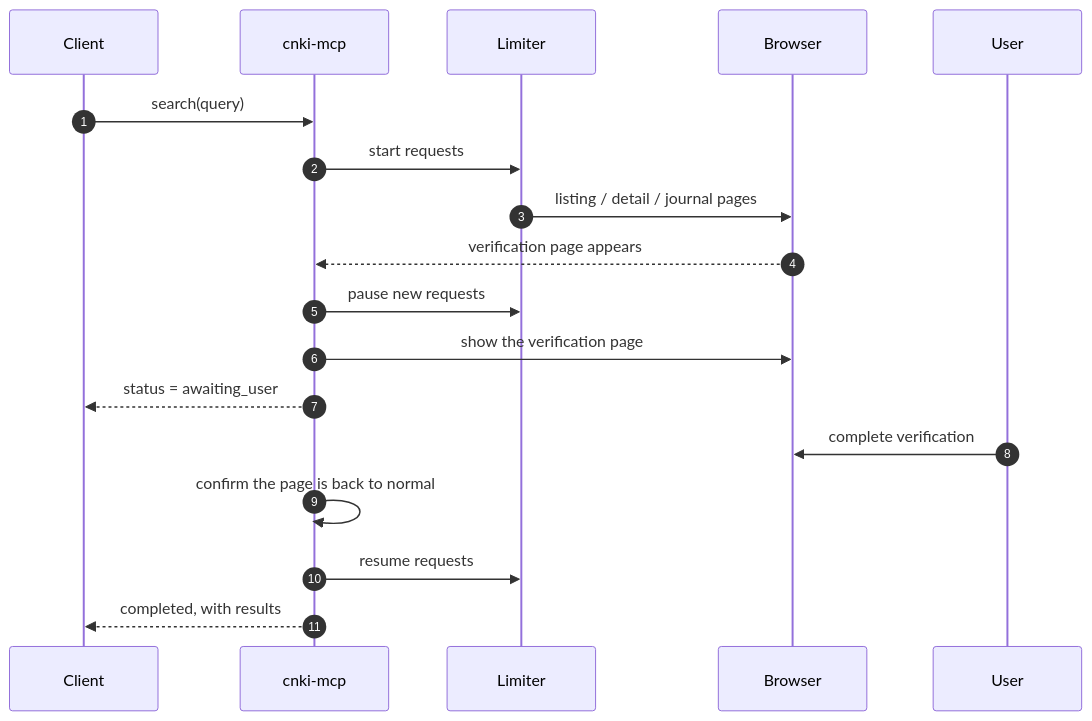
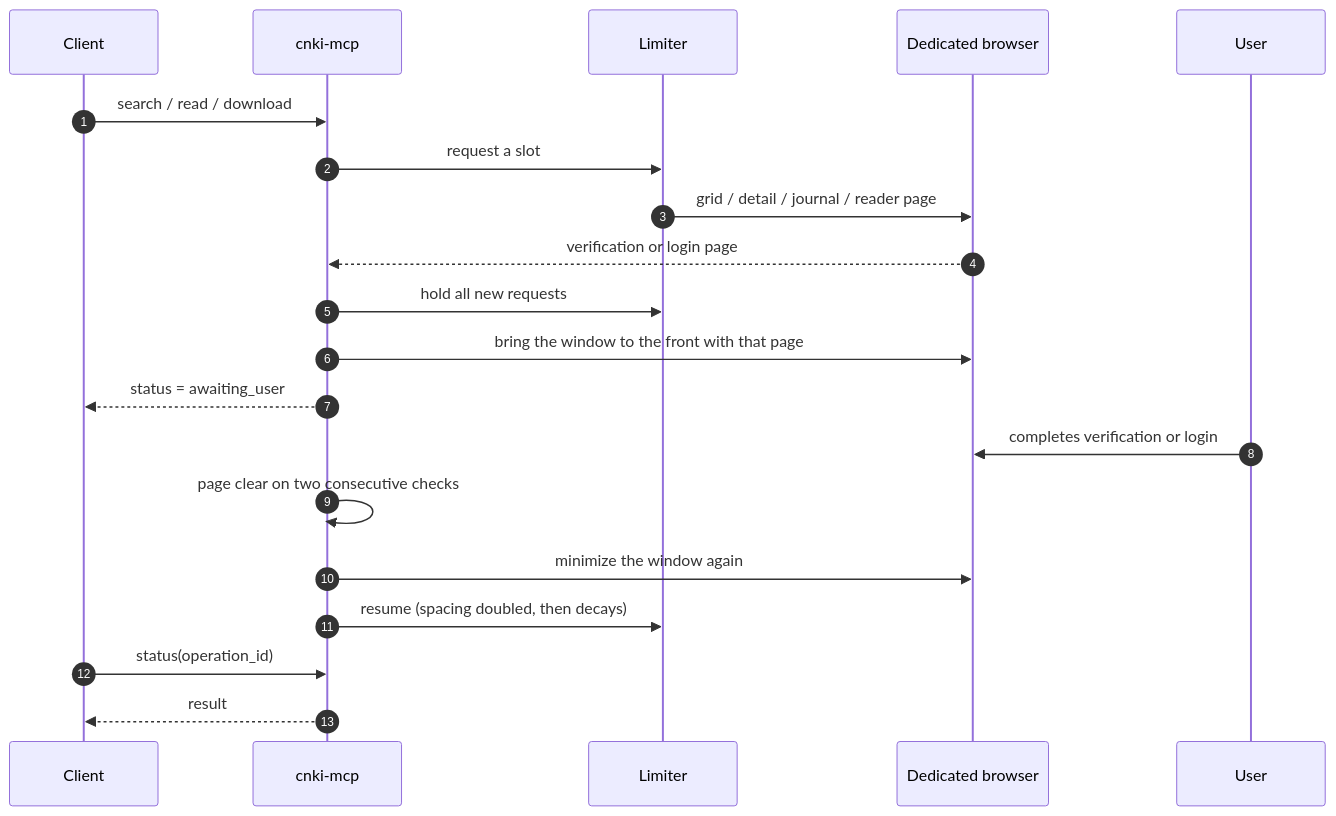
One commit to ChengDSYJ-Studio/CNKI-Enhanced-MCP changed the diagram in README.en.md. Above: the diagram before and after it, drawn with Mermaid. The commit also changed other lines of this file and 145 other files, not shown here.

````diff
--- a/README.en.md
+++ b/README.en.md
@@ -660,20 +485,22 @@
 ```mermaid
 sequenceDiagram
     autonumber
     participant C as Client
     participant M as cnki-mcp
     participant L as Limiter
-    participant B as Browser
+    participant B as Dedicated browser
     participant U as User
-    C->>M: search(query)
-    M->>L: start requests
-    L->>B: listing / detail / journal pages
-    B-->>M: verification page appears
-    M->>L: pause new requests
-    M->>B: show the verification page
+    C->>M: search / read / download
+    M->>L: request a slot
+    L->>B: grid / detail / journal / reader page
+    B-->>M: verification or login page
+    M->>L: hold all new requests
+    M->>B: bring the window to the front with that page
     M-->>C: status = awaiting_user
-    U->>B: complete verification
-    M->>M: confirm the page is back to normal
-    M->>L: resume requests
-    M-->>C: completed, with results
+    U->>B: completes verification or login
+    M->>M: page clear on two consecutive checks
+    M->>B: minimize the window again
+    M->>L: resume (spacing doubled, then decays)
+    C->>M: status(operation_id)
+    M-->>C: result
 ```
````
